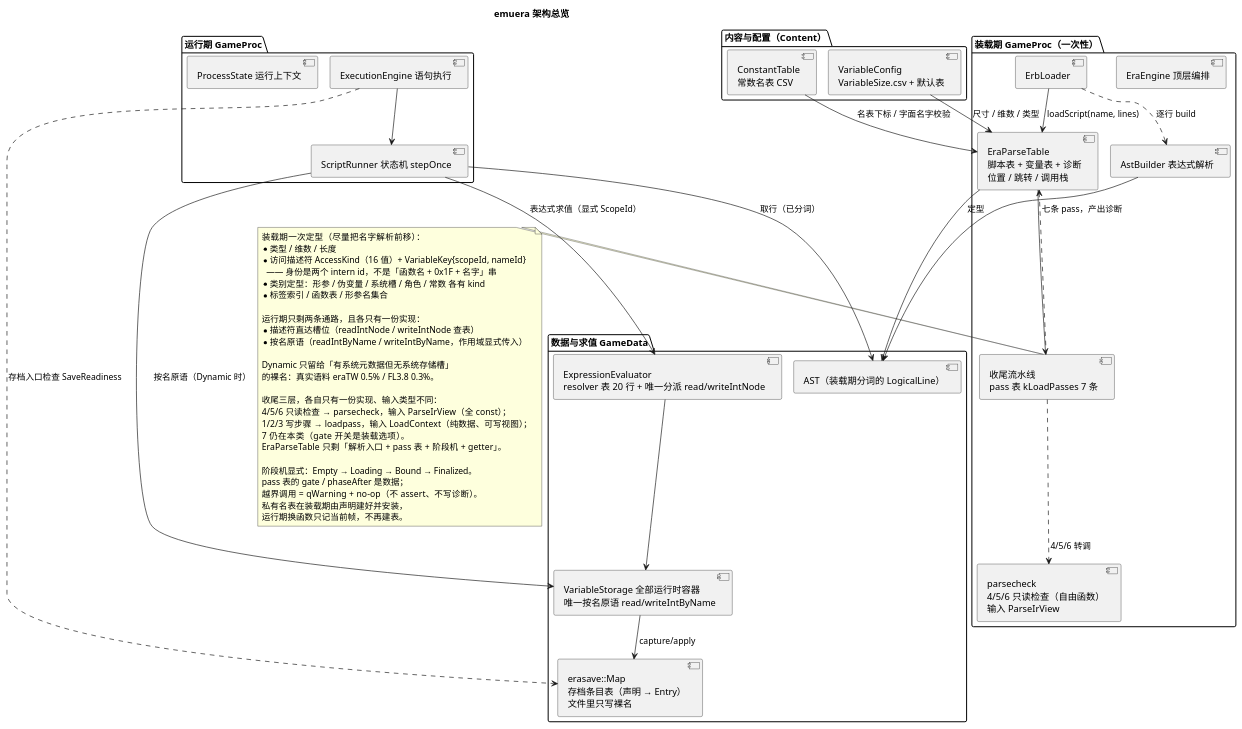
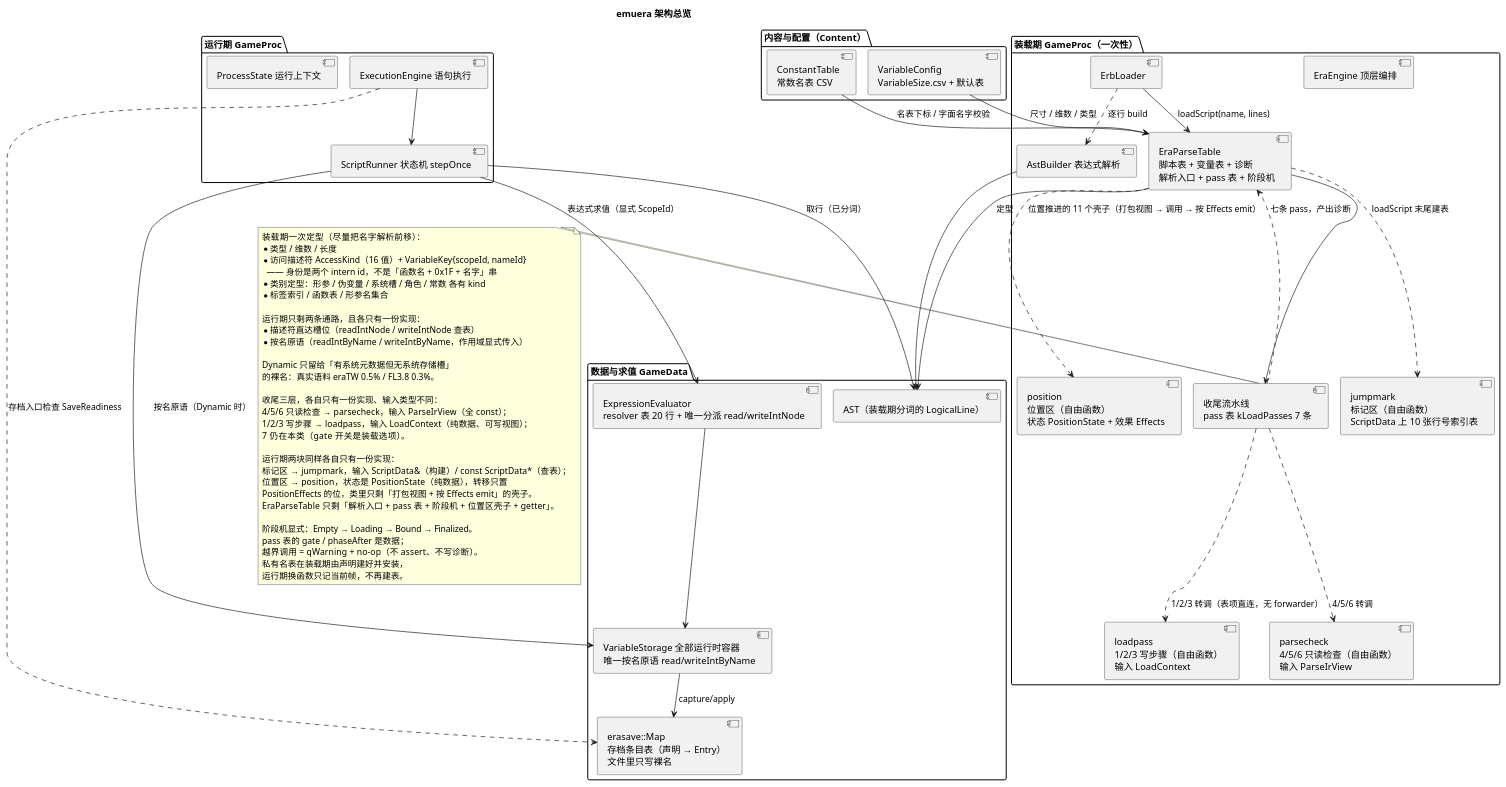
Before and after one commit to yigekuyou/qt-eraemu: the diagram in docs/uml/00-overview.puml, drawn with PlantUML. The commit also changed 3 other files, not shown here.

First line of the commit message:
docs/uml：标记区 jumpmark 与位置区 position 画进图里

```diff
--- a/docs/uml/00-overview.puml
+++ b/docs/uml/00-overview.puml
@@ -1,79 +1,90 @@
 @startuml 00-overview
 ' 无 graphviz(dot) 时用 PlantUML 内置 smetana 布局引擎（有 dot 可删掉这两行）
 !pragma layout smetana
 ' emuera —— 架构总览：装载期一次定型，运行期只做存取
 ' 渲染：plantuml -tpng docs/uml/00-overview.puml
 title emuera 架构总览
 
 package "装载期 GameProc（一次性）" {
   [EraEngine 顶层编排] as Engine
   [ErbLoader] as Loader
   [AstBuilder 表达式解析] as Builder
-  [EraParseTable\n脚本表 + 变量表 + 诊断\n位置 / 跳转 / 调用栈] as Table
+  [EraParseTable\n脚本表 + 变量表 + 诊断\n解析入口 + pass 表 + 阶段机] as Table
   [收尾流水线\npass 表 kLoadPasses 7 条] as Finish
   [parsecheck\n4/5/6 只读检查（自由函数）\n输入 ParseIrView] as Checks
+  [loadpass\n1/2/3 写步骤（自由函数）\n输入 LoadContext] as Writes
+  [jumpmark\n标记区（自由函数）\nScriptData 上 10 张行号索引表] as Mark
+  [position\n位置区（自由函数）\n状态 PositionState + 效果 Effects] as Pos
 }
 
 package "内容与配置（Content）" {
   [ConstantTable\n常数名表 CSV] as Consts
   [VariableConfig\nVariableSize.csv + 默认表] as Config
 }
 
 package "运行期 GameProc" {
   [ExecutionEngine 语句执行] as Exec
   [ScriptRunner 状态机 stepOnce] as Runner
   [ProcessState 运行上下文] as State
 }
 
 package "数据与求值 GameData" {
   [AST（装载期分词的 LogicalLine）] as AST
   [VariableStorage 全部运行时容器\n唯一按名原语 read/writeIntByName] as Storage
   [ExpressionEvaluator\nresolver 表 20 行 + 唯一分派 read/writeIntNode] as Eval
   [erasave::Map\n存档条目表（声明 → Entry）\n文件里只写裸名] as Save
 }
 
 Loader ..> Builder : 逐行 build
 Loader --> Table : loadScript(name, lines)
 Builder --> AST
 Finish ..> Table : 七条 pass，产出诊断
 Table --> Finish
 Finish ..> Checks : 4/5/6 转调
+Finish ..> Writes : 1/2/3 转调（表项直连，无 forwarder）
+Table ..> Mark : loadScript 末尾建表
+Table ..> Pos : 位置推进的 11 个壳子（打包视图 → 调用 → 按 Effects emit）
 Consts --> Table : 名表下标 / 字面名字校验
 Config --> Table : 尺寸 / 维数 / 类型
 Exec --> Runner
 Runner --> AST : 取行（已分词）
 Runner --> Storage : 按名原语（Dynamic 时）
 Runner --> Eval : 表达式求值（显式 ScopeId）
 Eval --> Storage
 Storage --> Save : capture/apply
 Exec ..> Save : 存档入口检查 SaveReadiness
 Table --> AST : 定型
 
 note right of Finish
   装载期一次定型（尽量把名字解析前移）：
   * 类型 / 维数 / 长度
   * 访问描述符 AccessKind（16 值）+ VariableKey{scopeId, nameId}
     —— 身份是两个 intern id，不是「函数名 + 0x1F + 名字」串
   * 类别定型：形参 / 伪变量 / 系统槽 / 角色 / 常数 各有 kind
   * 标签索引 / 函数表 / 形参名集合
 
   运行期只剩两条通路，且各只有一份实现：
   * 描述符直达槽位（readIntNode / writeIntNode 查表）
   * 按名原语（readIntByName / writeIntByName，作用域显式传入）
 
   Dynamic 只留给「有系统元数据但无系统存储槽」
   的裸名：真实语料 eraTW 0.5% / FL3.8 0.3%。
 
   收尾三层，各自只有一份实现、输入类型不同：
   4/5/6 只读检查 → parsecheck，输入 ParseIrView（全 const）；
   1/2/3 写步骤 → loadpass，输入 LoadContext（纯数据、可写视图）；
   7 仍在本类（gate 开关是装载选项）。
-  EraParseTable 只剩「解析入口 + pass 表 + 阶段机 + getter」。
+
+  运行期两块同样各自只有一份实现：
+  标记区 → jumpmark，输入 ScriptData&（构建）/ const ScriptData*（查表）；
+  位置区 → position，状态是 PositionState（纯数据），转移只置
+  PositionEffects 的位，类里只剩「打包视图 + 按 Effects emit」的壳子。
+  EraParseTable 只剩「解析入口 + pass 表 + 阶段机 + 位置区壳子 + getter」。
 
   阶段机显式：Empty → Loading → Bound → Finalized。
   pass 表的 gate / phaseAfter 是数据；
   越界调用 = qWarning + no-op（不 assert、不写诊断）。
   私有名表在装载期由声明建好并安装，
   运行期换函数只记当前帧，不再建表。
 end note
 @enduml
```
